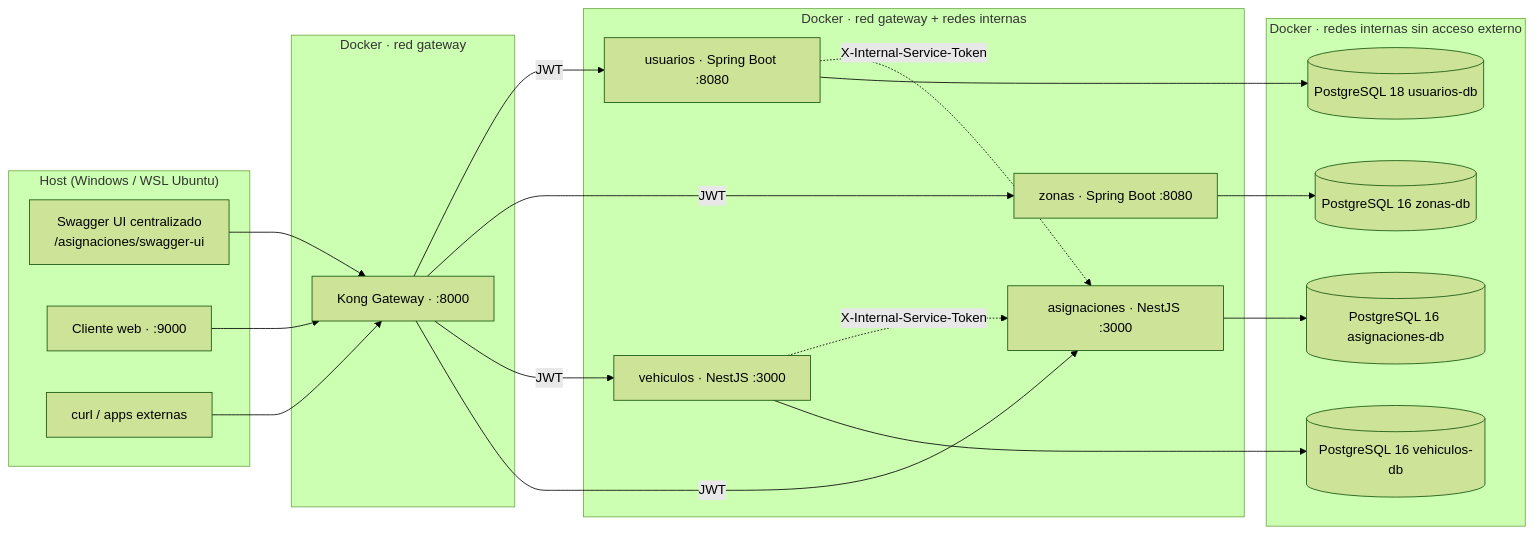
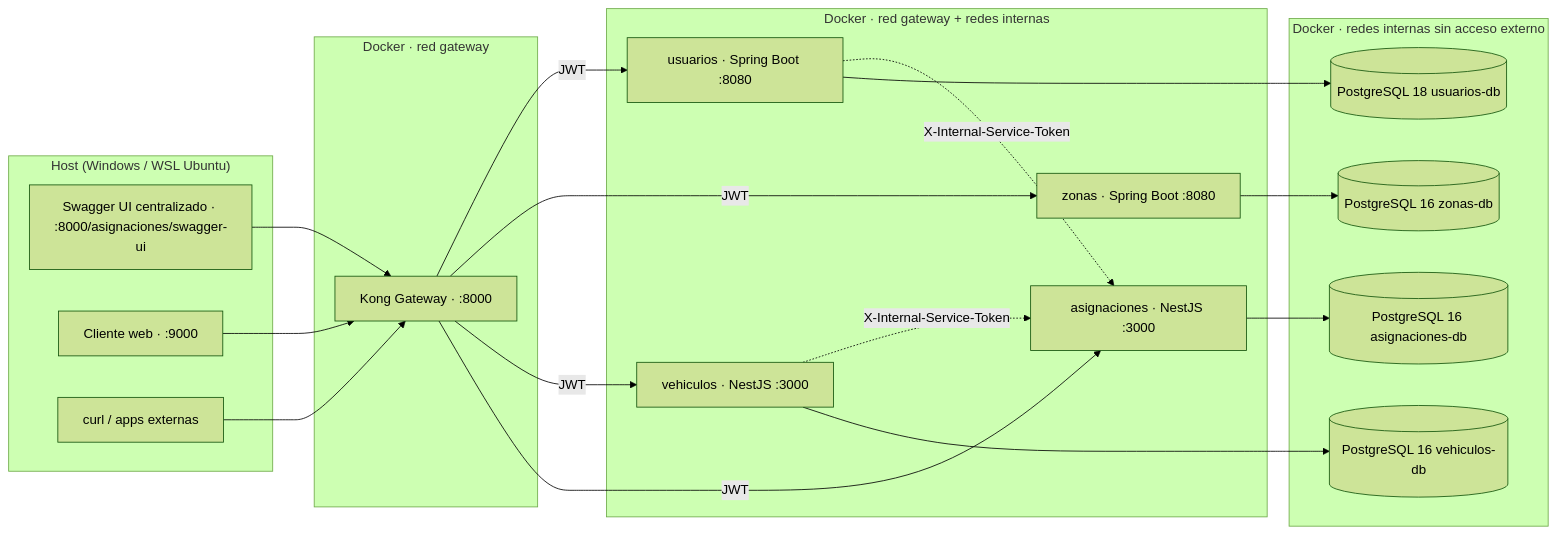
One commit to AMVMesias/Distribuidas-PC2 changed the first of 7 diagrams in README.md. Above: the diagram before and after it, drawn with Mermaid (forest theme).

Commit message:
fix: documentation

````diff
--- a/README.md
+++ b/README.md
@@ -76,40 +76,40 @@
 ```mermaid
 flowchart LR
     subgraph Host["Host (Windows / WSL Ubuntu)"]
-        Swagger["Swagger UI centralizado<br/>/asignaciones/swagger-ui"]
+        Swagger["Swagger UI centralizado · :8000/asignaciones/swagger-ui"]
         Browser["Cliente web · :9000"]
         Curl["curl / apps externas"]
     end
 
     subgraph GW["Docker · red gateway"]
         Kong["Kong Gateway · :8000"]
     end
 
     subgraph BE["Docker · red gateway + redes internas"]
         Usuarios["usuarios · Spring Boot :8080"]
         Zonas["zonas · Spring Boot :8080"]
         Vehiculos["vehiculos · NestJS :3000"]
         Asignaciones["asignaciones · NestJS :3000"]
     end
 
     subgraph DB["Docker · redes internas sin acceso externo"]
         DbU[("PostgreSQL 18 usuarios-db")]
         DbZ[("PostgreSQL 16 zonas-db")]
         DbV[("PostgreSQL 16 vehiculos-db")]
         DbA[("PostgreSQL 16 asignaciones-db")]
     end
 
     Swagger --> Kong
     Browser --> Kong
     Curl --> Kong
     Kong -->|JWT| Usuarios
     Kong -->|JWT| Zonas
     Kong -->|JWT| Vehiculos
     Kong -->|JWT| Asignaciones
     Usuarios -.->|X-Internal-Service-Token| Asignaciones
     Vehiculos -.->|X-Internal-Service-Token| Asignaciones
     Usuarios --> DbU
     Zonas --> DbZ
     Vehiculos --> DbV
     Asignaciones --> DbA
 ```
````
